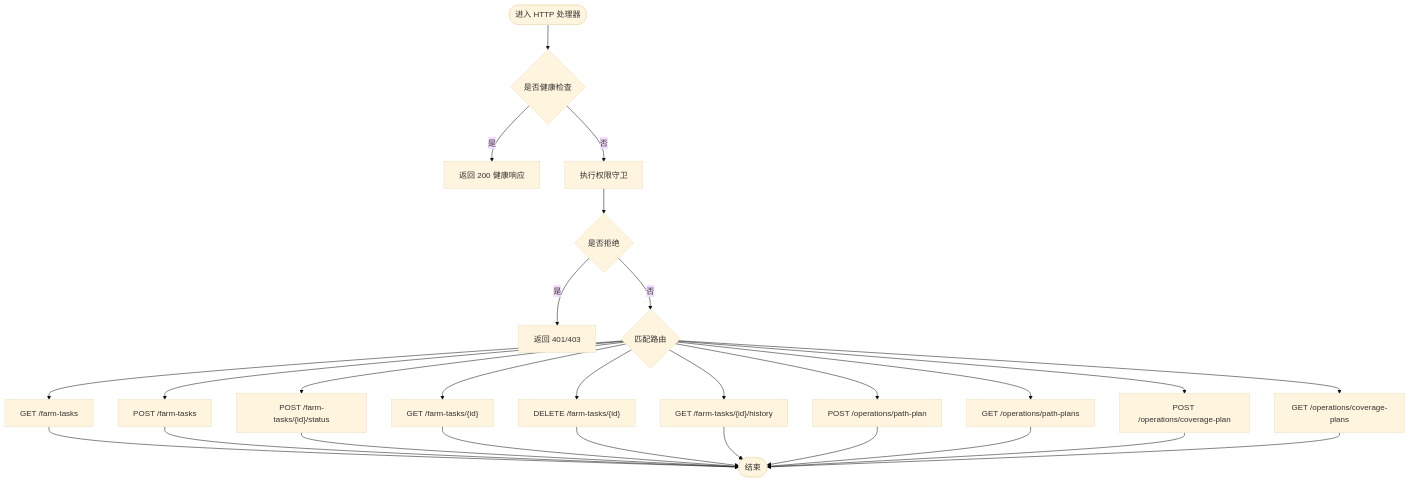
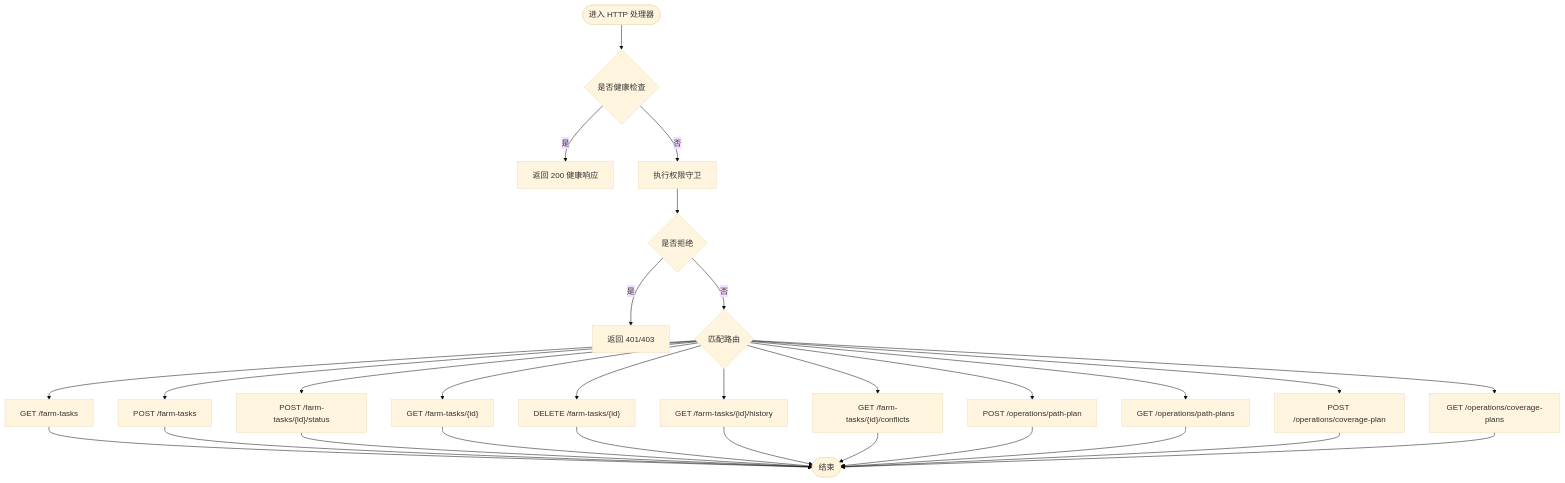
The third of 11 diagrams in .qoder/repowiki/zh/content/核心服务文档/作业服务.md (q446328246/agri-platform), drawn with Mermaid (base theme) before and after one commit. The commit also changed other lines of this file and 6 other files, not shown here.

````diff
--- a/.qoder/repowiki/zh/content/核心服务文档/作业服务.md
+++ b/.qoder/repowiki/zh/content/核心服务文档/作业服务.md
@@ -162,29 +172,31 @@
 ```mermaid
 flowchart TD
 Start(["进入 HTTP 处理器"]) --> Health{"是否健康检查"}
 Health --> |是| ReturnHealth["返回 200 健康响应"]
 Health --> |否| Auth["执行权限守卫"]
 Auth --> Denied{"是否拒绝"}
 Denied --> |是| ReturnAuth["返回 401/403"]
 Denied --> |否| Route{"匹配路由"}
 Route --> TasksList["GET /farm-tasks"]
 Route --> TasksCreate["POST /farm-tasks"]
 Route --> StatusUpdate["POST /farm-tasks/{id}/status"]
 Route --> TaskDetail["GET /farm-tasks/{id}"]
 Route --> TaskDelete["DELETE /farm-tasks/{id}"]
 Route --> TaskHistory["GET /farm-tasks/{id}/history"]
+Route --> TaskConflicts["GET /farm-tasks/{id}/conflicts"]
 Route --> NavPlan["POST /operations/path-plan"]
 Route --> NavHistory["GET /operations/path-plans"]
 Route --> CovPlan["POST /operations/coverage-plan"]
 Route --> CovHistory["GET /operations/coverage-plans"]
 TasksList --> End(["结束"])
 TasksCreate --> End
 StatusUpdate --> End
 TaskDetail --> End
 TaskDelete --> End
 TaskHistory --> End
+TaskConflicts --> End
 NavPlan --> End
 NavHistory --> End
 CovPlan --> End
 CovHistory --> End
 ```
````
